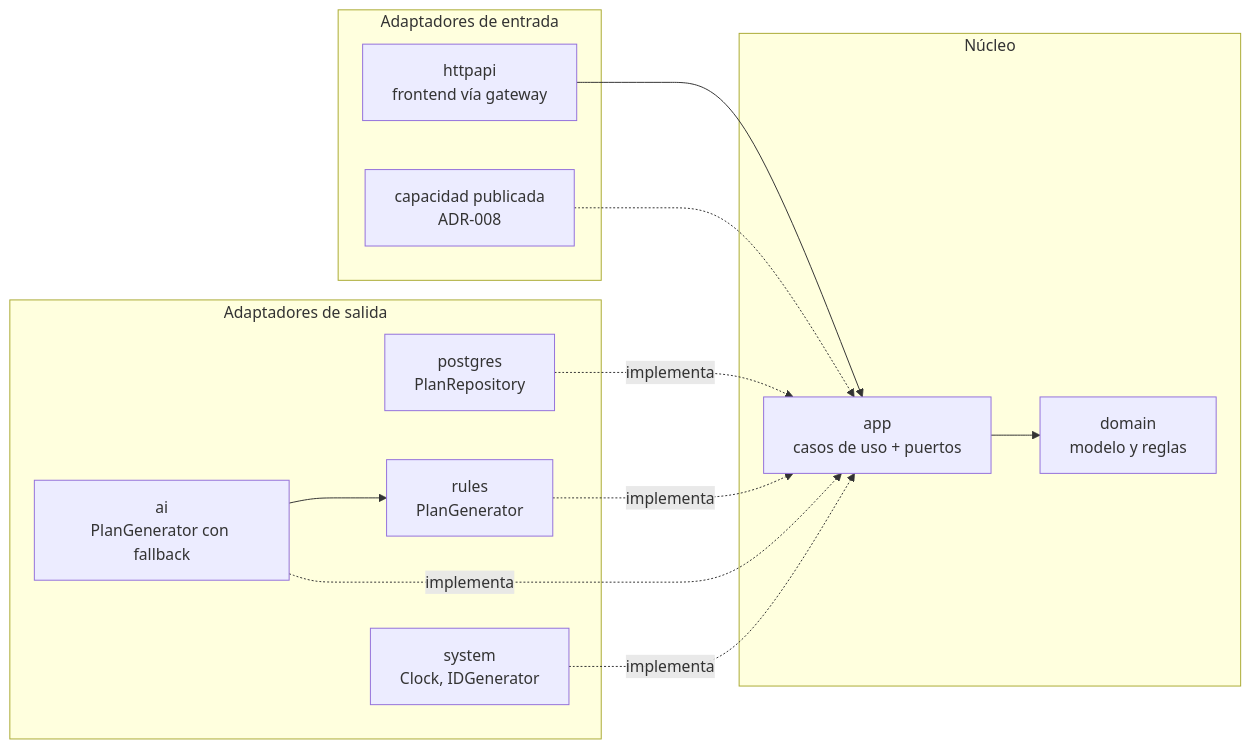
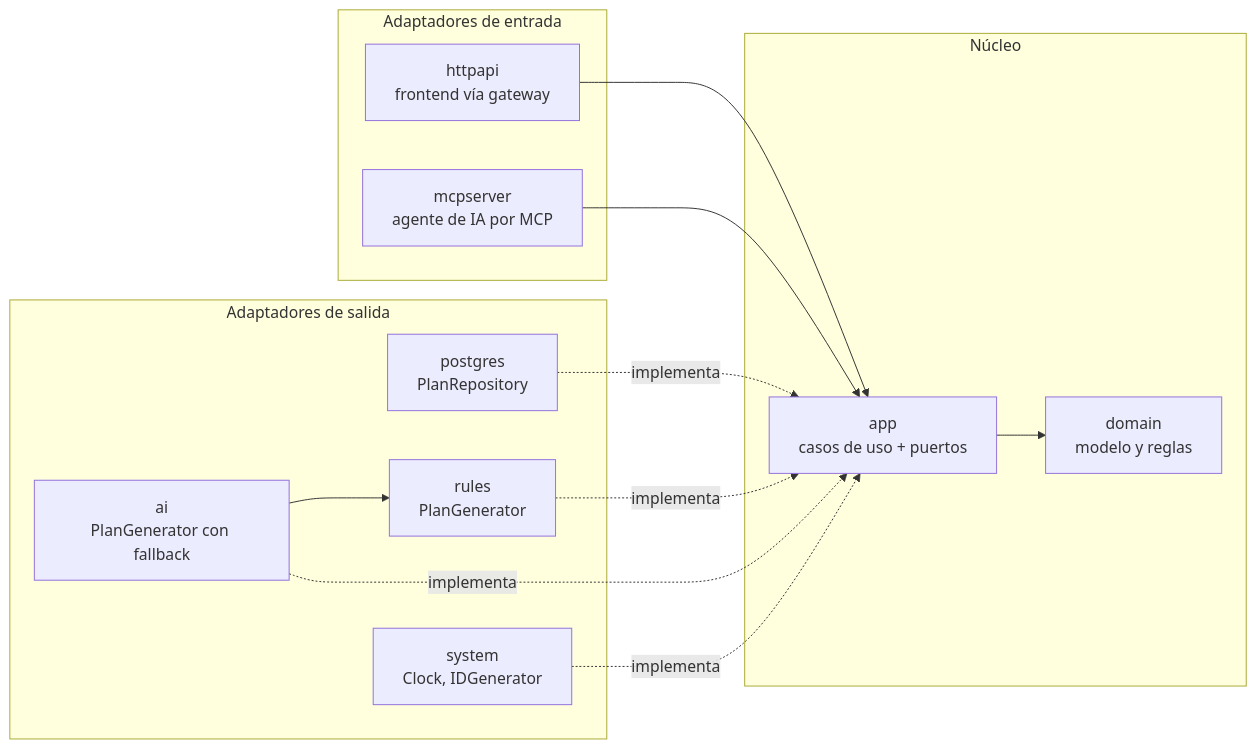
The first of 2 diagrams in docs/adr/ADR-002-arquitectura-interna.md (MichiSil/ProyectoEstudiario), drawn with Mermaid before and after one commit. The commit also changed other lines of this file, not shown here.

First line of the commit message:
ADR-002 aceptada: validación de la arquitectura interna contra el código

````diff
--- a/docs/adr/ADR-002-arquitectura-interna.md
+++ b/docs/adr/ADR-002-arquitectura-interna.md
@@ -42,25 +43,25 @@
 ```mermaid
 flowchart LR
     subgraph entrada["Adaptadores de entrada"]
         HTTP[httpapi<br/>frontend vía gateway]
-        EXT[capacidad publicada<br/>ADR-008]
+        MCP[mcpserver<br/>agente de IA por MCP]
     end
     subgraph centro["Núcleo"]
         APP[app<br/>casos de uso + puertos]
         DOM[domain<br/>modelo y reglas]
     end
     subgraph salida["Adaptadores de salida"]
         PG[postgres<br/>PlanRepository]
         RULES[rules<br/>PlanGenerator]
         AI[ai<br/>PlanGenerator con fallback]
         SYS[system<br/>Clock, IDGenerator]
     end
     HTTP --> APP
-    EXT -.-> APP
+    MCP --> APP
     APP --> DOM
     PG -. implementa .-> APP
     RULES -. implementa .-> APP
     AI -. implementa .-> APP
     SYS -. implementa .-> APP
     AI --> RULES
 ```
````
